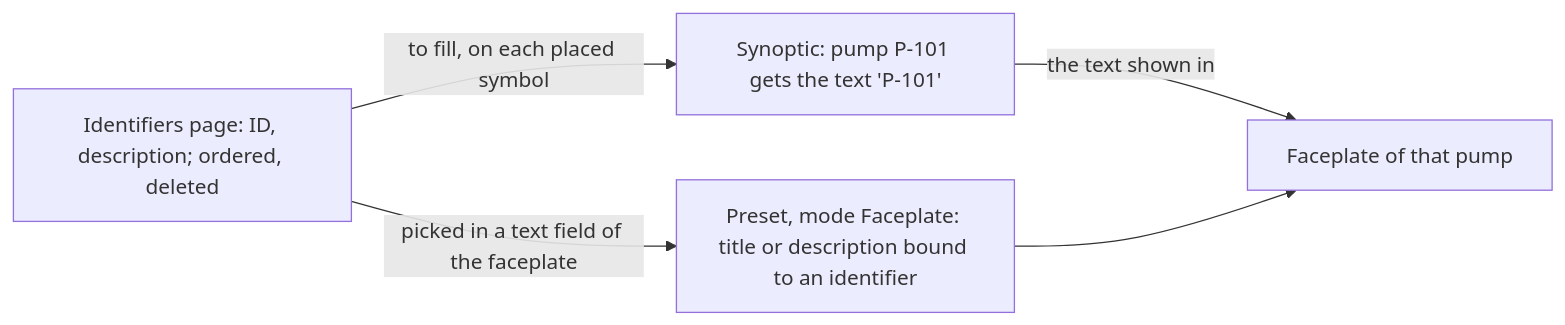
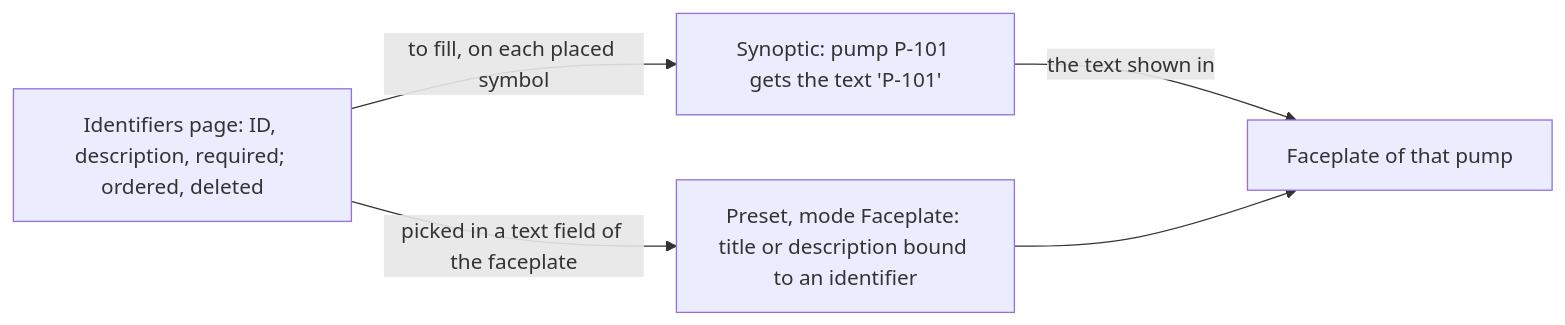
Diagram 45 of 51 in metadata/draft.md (AlexandreGallais/synoptic-studio-spec), drawn with Mermaid before and after one commit. The commit also changed other lines of this file and 5 other files, not shown here.

First line of the commit message:
docs(metadata): add a required flag to an identifier

````diff
--- a/metadata/draft.md
+++ b/metadata/draft.md
@@ -1500,7 +1502,7 @@
 ```mermaid
 flowchart LR
-    P["Identifiers page: ID, description; ordered, deleted"] -->|"picked in a text field of the faceplate"| F["Preset, mode Faceplate: title or description bound to an identifier"]
+    P["Identifiers page: ID, description, required; ordered, deleted"] -->|"picked in a text field of the faceplate"| F["Preset, mode Faceplate: title or description bound to an identifier"]
     P -->|"to fill, on each placed symbol"| S["Synoptic: pump P-101 gets the text 'P-101'"]
     S -->|"the text shown in"| F2["Faceplate of that pump"]
     F --> F2
 ```
````
